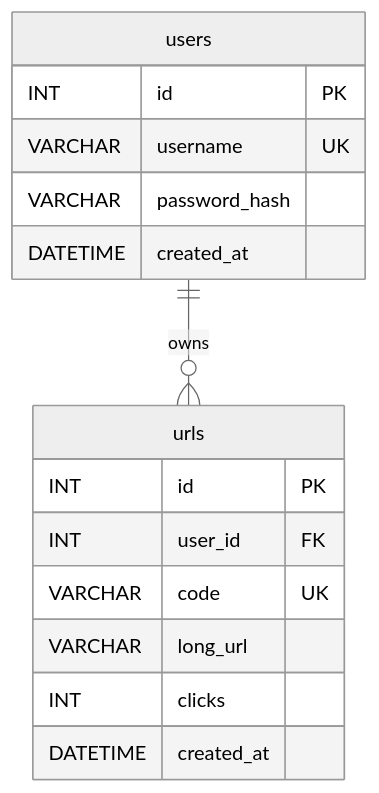
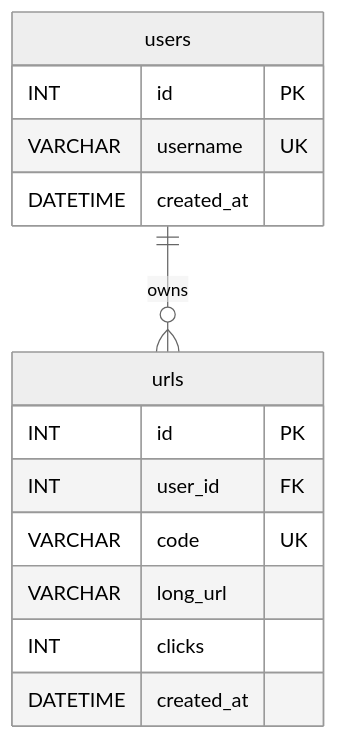
The first of 3 diagrams in docs/specs/database.md (GreenDAS/url_shortener), drawn with Mermaid (neutral theme) before and after one commit. The commit also changed other lines of this file and 4 other files, not shown here.

First line of the commit message:
Removed passwords from app/users.py so a user is just a unique username (URL-23). Took out validate_password(), verify_user() and the werkzeug hashing, create_user() now only takes a username. Also added list_users() for the user picker & dropped the password_hash column in schema.sql.

````diff
--- a/docs/specs/database.md
+++ b/docs/specs/database.md
@@ -57,18 +56,17 @@
 ```mermaid
 erDiagram
     users ||--o{ urls : owns
     users {
         INT id PK
         VARCHAR username UK
-        VARCHAR password_hash
         DATETIME created_at
     }
     urls {
         INT id PK
         INT user_id FK
         VARCHAR code UK
         VARCHAR long_url
         INT clicks
         DATETIME created_at
     }
 ```
````
